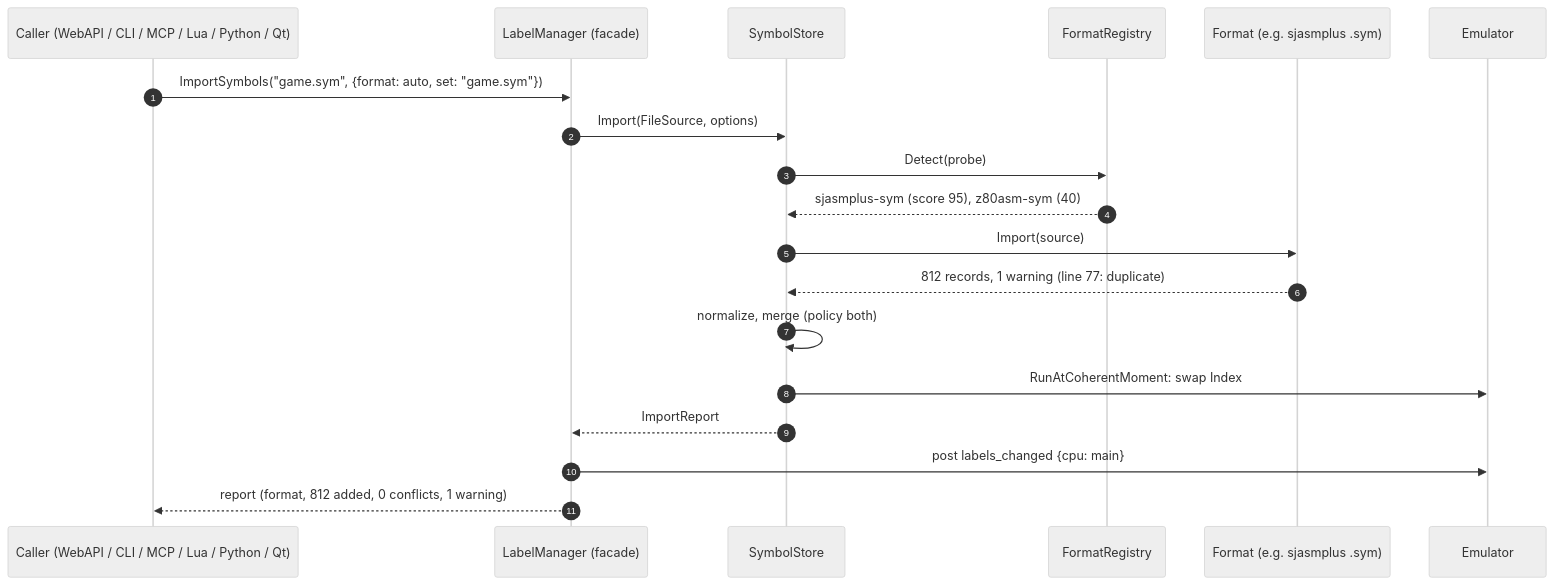
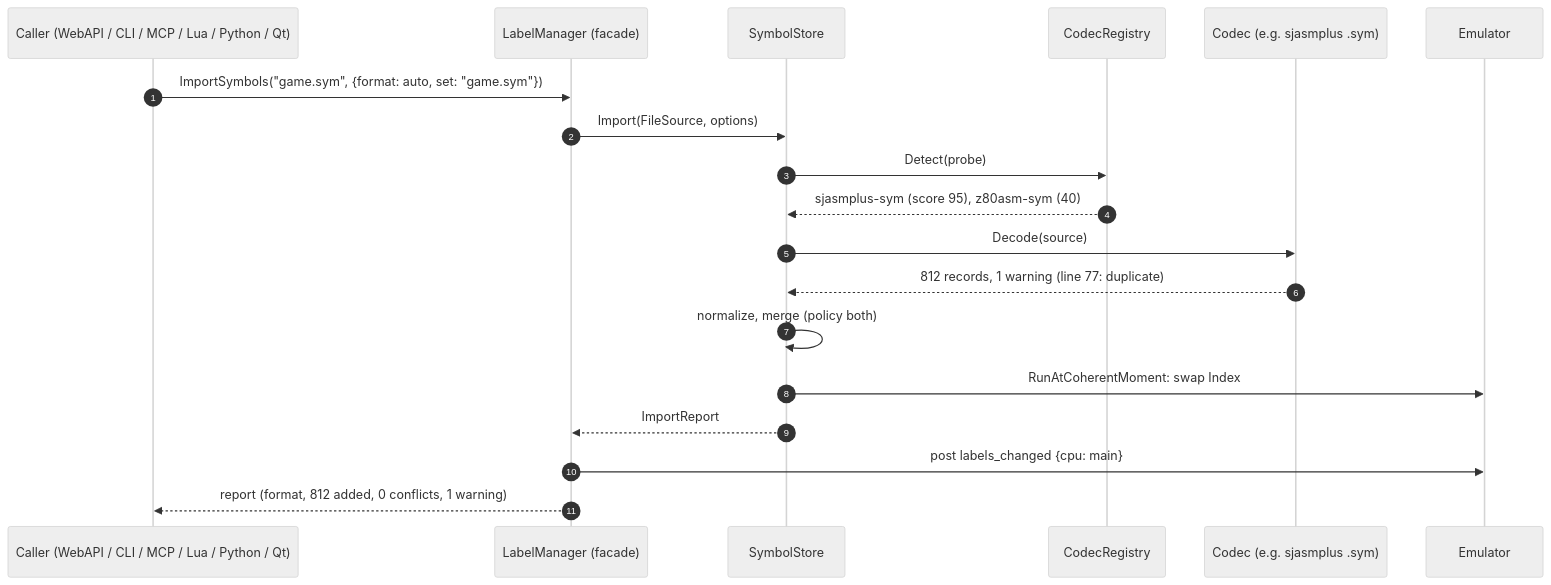
The fourth of 11 diagrams in docs/inprogress/2026-10-05-symbol-exchange/architecture.md (alfishe/unreal-ng), drawn with Mermaid (neutral theme) before and after one commit. The commit also changed other lines of this file and 8 other files, not shown here.

First line of the commit message:
docs(symbols): prior-art survey and comparison; one codec per format, decode and encode

````diff
--- a/docs/inprogress/2026-10-05-symbol-exchange/architecture.md
+++ b/docs/inprogress/2026-10-05-symbol-exchange/architecture.md
@@ -204,21 +204,21 @@
 ```mermaid
 sequenceDiagram
     autonumber
     participant C as Caller (WebAPI / CLI / MCP / Lua / Python / Qt)
     participant LM as LabelManager (facade)
     participant ST as SymbolStore
-    participant REG as FormatRegistry
-    participant FMT as Format (e.g. sjasmplus .sym)
+    participant REG as CodecRegistry
+    participant FMT as Codec (e.g. sjasmplus .sym)
     participant EMU as Emulator
     C->>LM: ImportSymbols("game.sym", {format: auto, set: "game.sym"})
     LM->>ST: Import(FileSource, options)
     ST->>REG: Detect(probe)
     REG-->>ST: sjasmplus-sym (score 95), z80asm-sym (40)
-    ST->>FMT: Import(source)
+    ST->>FMT: Decode(source)
     FMT-->>ST: 812 records, 1 warning (line 77: duplicate)
     ST->>ST: normalize, merge (policy both)
     ST->>EMU: RunAtCoherentMoment: swap Index
     ST-->>LM: ImportReport
     LM->>EMU: post labels_changed {cpu: main}
     LM-->>C: report (format, 812 added, 0 conflicts, 1 warning)
 ```
````
